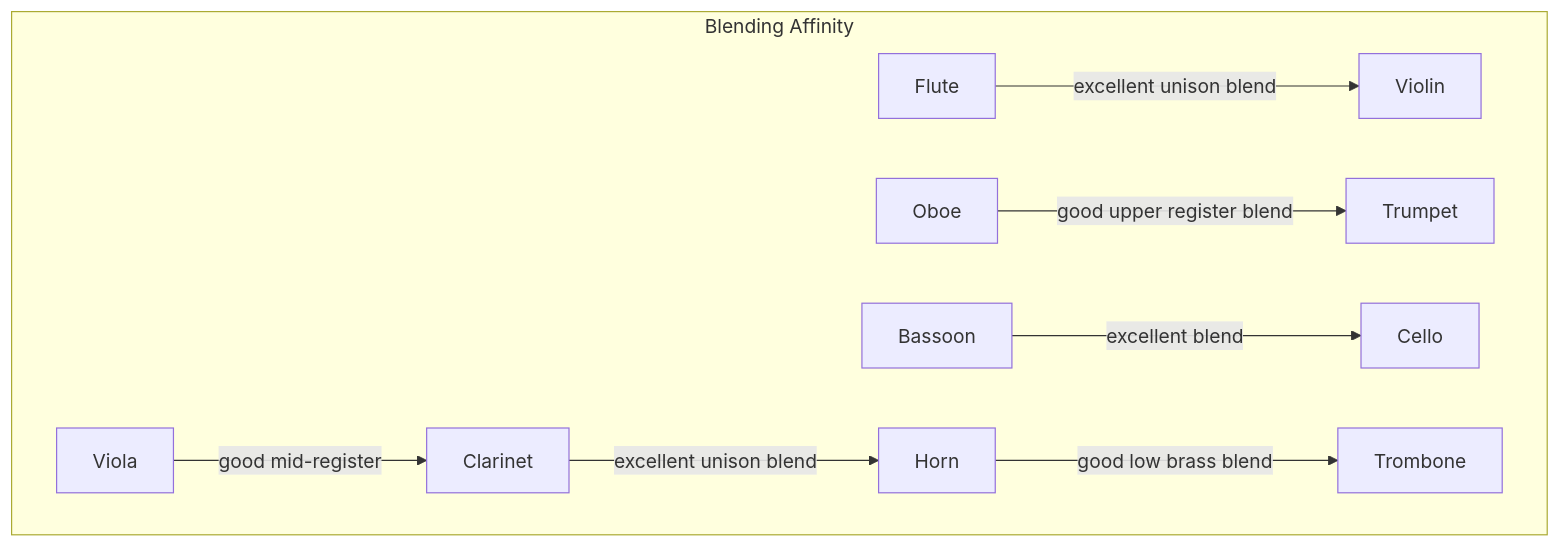
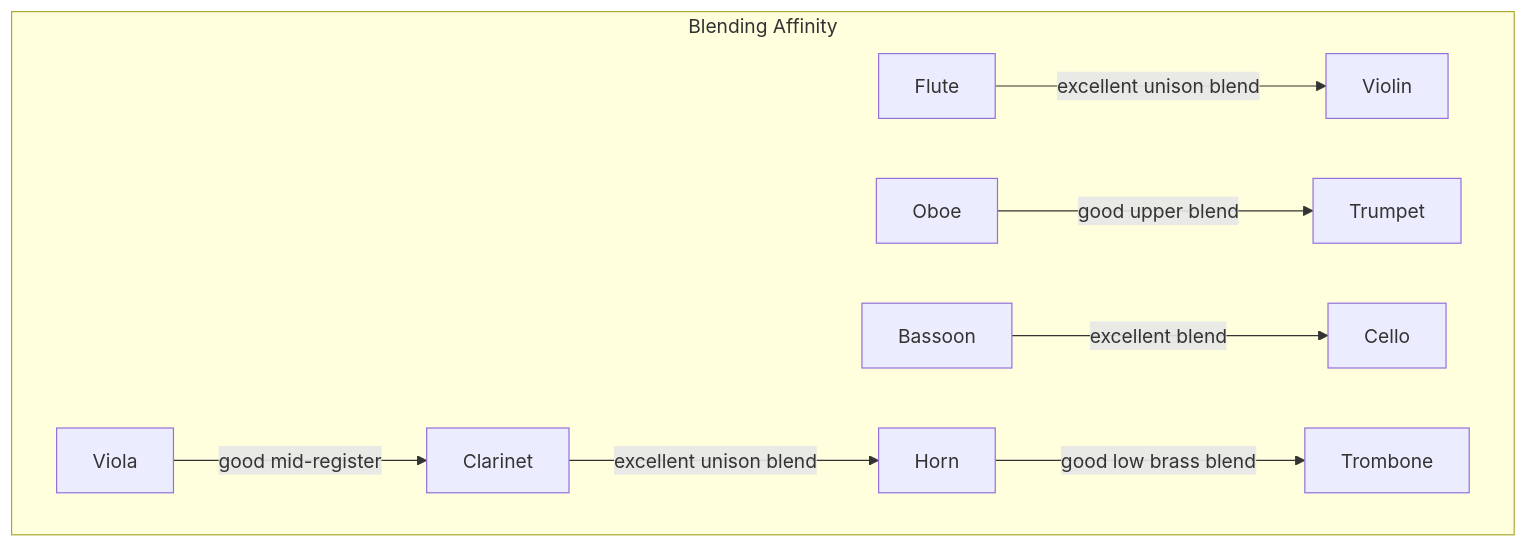
Before and after one commit to blebleblee/synapse: the eighth of 8 diagrams in topics/arts/composition/orchestration/lesson_03_instrument_specific_techniques.md, drawn with Mermaid. The commit also changed other lines of this file and 4 other files, not shown here.

````diff
--- a/topics/arts/composition/orchestration/lesson_03_instrument_specific_techniques.md
+++ b/topics/arts/composition/orchestration/lesson_03_instrument_specific_techniques.md
@@ -369,22 +485,21 @@
 ```mermaid
 graph TD
     subgraph sub_blending_affinity ["Blending Affinity"]
         Fl["Flute"]
         Ob["Oboe"]
         Cl["Clarinet"]
         Bn["Bassoon"]
         Vn["Violin"]
         Va["Viola"]
         Vc["Cello"]
         Hn["Horn"]
         Tp["Trumpet"]
         Tb["Trombone"]
     end
-
     Fl -->|"excellent unison blend"| Vn
     Cl -->|"excellent unison blend"| Hn
-    Ob -->|"good upper register blend"| Tp
+    Ob -->|"good upper blend"| Tp
     Bn -->|"excellent blend"| Vc
     Va -->|"good mid-register"| Cl
     Hn -->|"good low brass blend"| Tb
 ```
````
